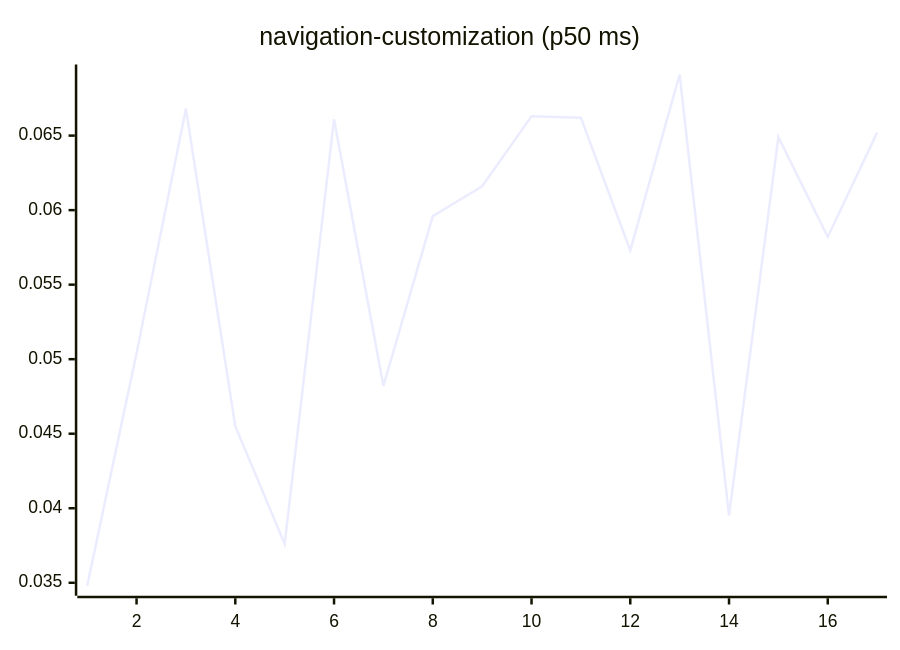
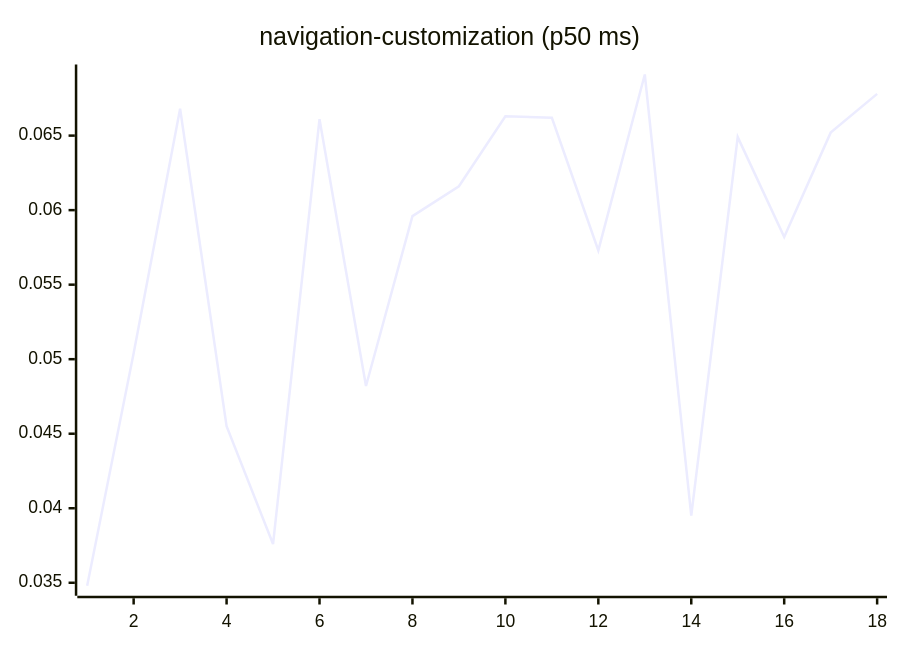
Diagram 15 of 27 in README.md (josha/Facet), drawn with Mermaid before and after one commit. The commit also changed other lines of this file and 2 other files, not shown here.

````diff
--- a/README.md
+++ b/README.md
@@ -161,6 +161,6 @@
 ```mermaid
 xychart-beta
     title "navigation-customization (p50 ms)"
-    x-axis 1 --> 17
-    line [0.0348, 0.0504, 0.0668, 0.0455, 0.0376, 0.0661, 0.0482, 0.0596, 0.0616, 0.0663, 0.0662, 0.0573, 0.0691, 0.0395, 0.0649, 0.0582, 0.0652]
+    x-axis 1 --> 18
+    line [0.0348, 0.0504, 0.0668, 0.0455, 0.0376, 0.0661, 0.0482, 0.0596, 0.0616, 0.0663, 0.0662, 0.0573, 0.0691, 0.0395, 0.0649, 0.0582, 0.0652, 0.0678]
 ```
````
